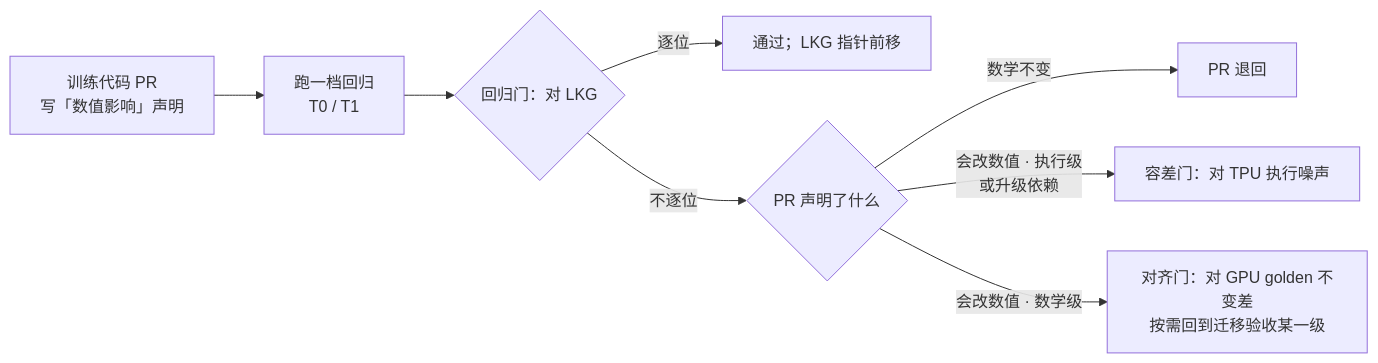
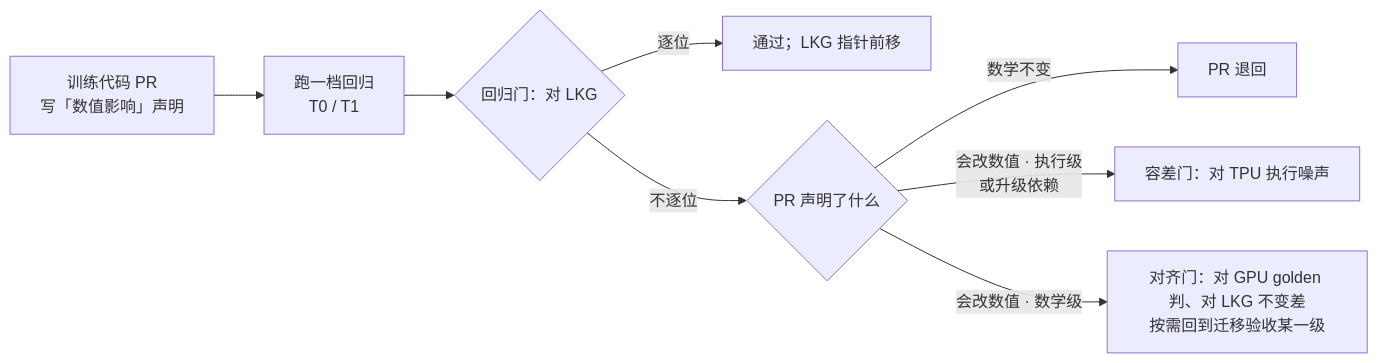
The first of 2 diagrams in docs/guide/07-daily-regression.md (yangwhale/janus), drawn with Mermaid before and after one commit. The commit also changed other lines of this file and 565 other files, not shown here.

````diff
--- a/docs/guide/07-daily-regression.md
+++ b/docs/guide/07-daily-regression.md
@@ -64,10 +64,10 @@
 ```mermaid
 flowchart LR
   PR["训练代码 PR<br/>写「数值影响」声明"] --> RUN["跑一档回归<br/>T0 / T1"]
   RUN --> GATE{"回归门：对 LKG"}
   GATE -- 逐位 --> OK["通过；LKG 指针前移"]
   GATE -- 不逐位 --> DECL{"PR 声明了什么"}
   DECL -- 数学不变 --> BAD["PR 退回"]
   DECL -- 会改数值 · 执行级<br/>或升级依赖 --> TOL["容差门：对 TPU 执行噪声"]
-  DECL -- 会改数值 · 数学级 --> ALIGN["对齐门：对 GPU golden 不变差<br/>按需回到迁移验收某一级"]
+  DECL -- 会改数值 · 数学级 --> ALIGN["对齐门：对 GPU golden 判、对 LKG 不变差<br/>按需回到迁移验收某一级"]
 ```
````
